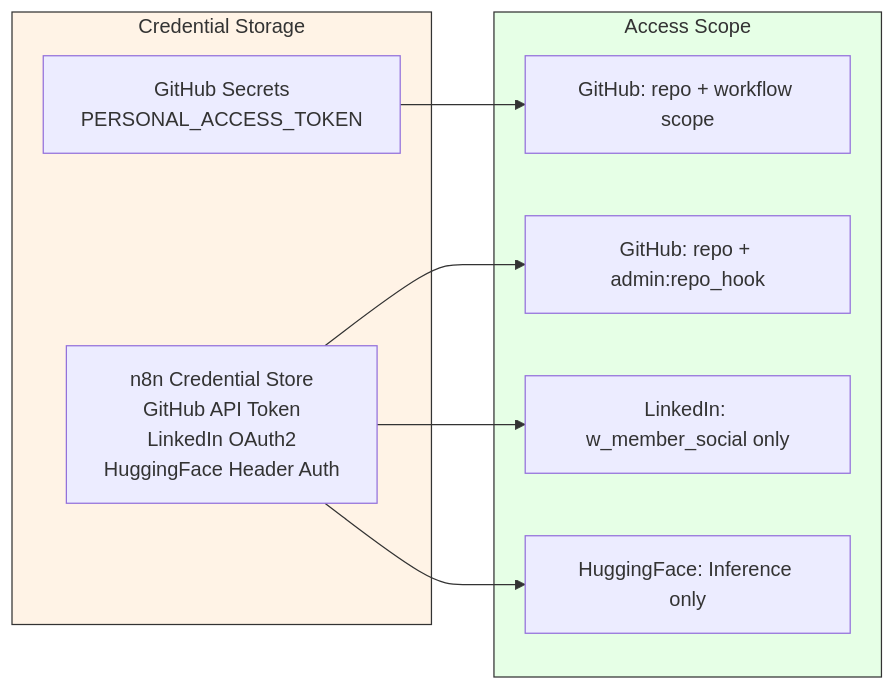
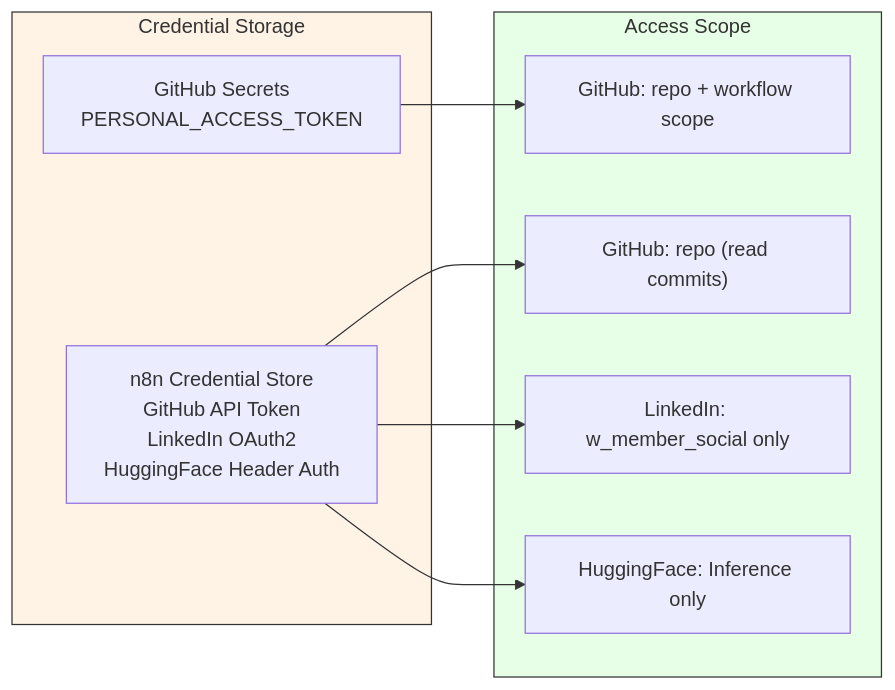
One commit to thatsmeadarsh/n8n-powered-auto-web-publish changed the seventh of 7 diagrams in docs/architecture.md. Above: the diagram before and after it, drawn with Mermaid. The commit also changed other lines of this file and 4 other files, not shown here.

````diff
--- a/docs/architecture.md
+++ b/docs/architecture.md
@@ -525,17 +386,17 @@
 ```mermaid
 graph LR
     subgraph Secrets["Credential Storage"]
         GS["GitHub Secrets<br/>PERSONAL_ACCESS_TOKEN"]
         NC["n8n Credential Store<br/>GitHub API Token<br/>LinkedIn OAuth2<br/>HuggingFace Header Auth"]
     end
 
     subgraph Access["Access Scope"]
         GS --> GHA["GitHub: repo + workflow scope"]
-        NC --> GTA["GitHub: repo + admin:repo_hook"]
+        NC --> GTA["GitHub: repo (read commits)"]
         NC --> LIA["LinkedIn: w_member_social only"]
         NC --> HFA["HuggingFace: Inference only"]
     end
 
     style Secrets fill:#fff3e6,stroke:#333
     style Access fill:#e6ffe6,stroke:#333
 ```
````
